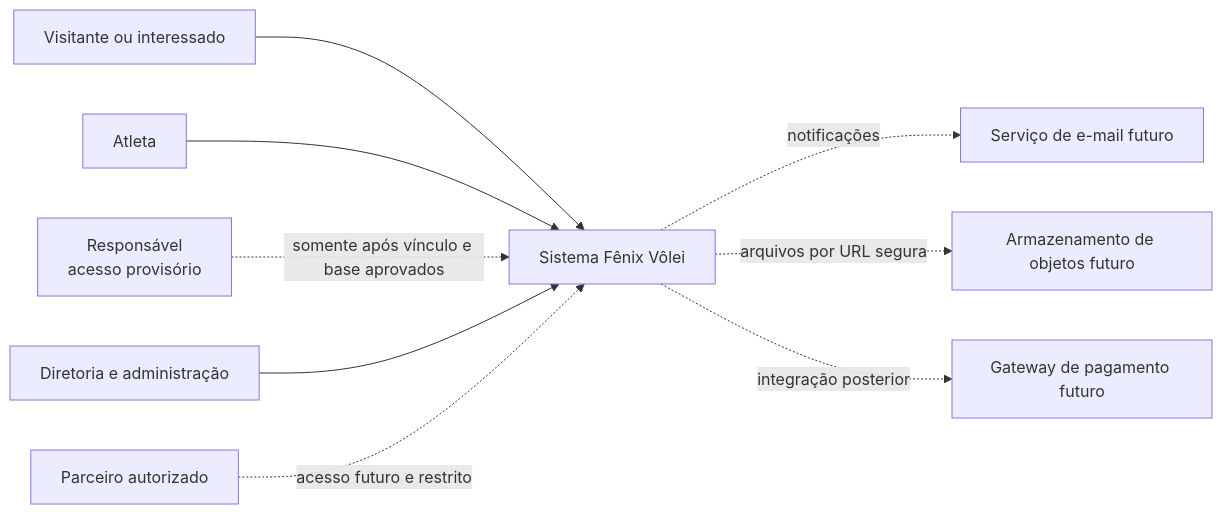
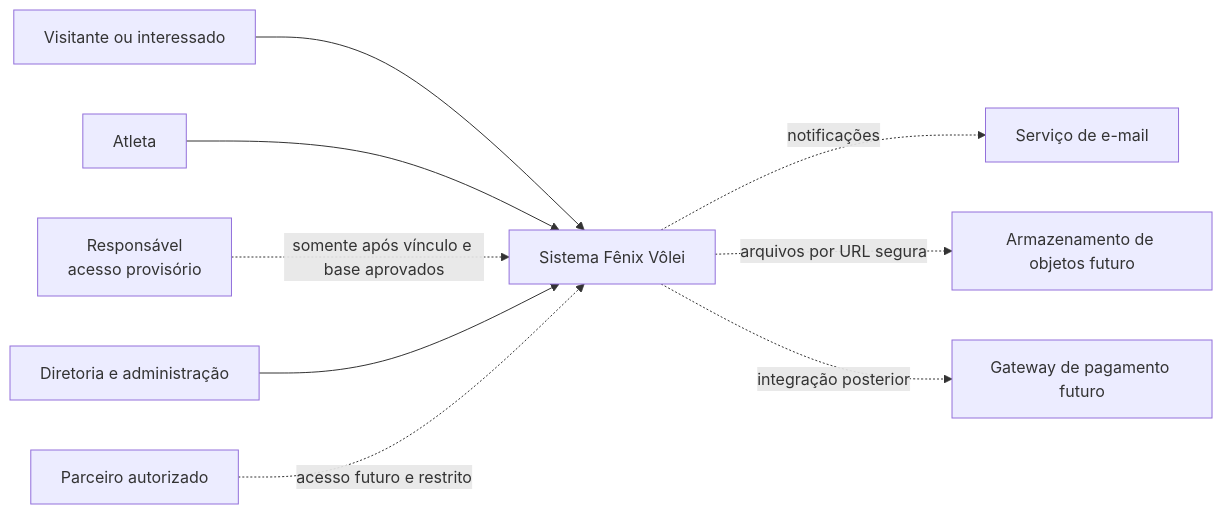
Before and after one commit to Willow0305/Fenix: the first of 3 diagrams in docs/07-ARQUITETURA.md, drawn with Mermaid. The commit also changed other lines of this file and 224 other files, not shown here.

````diff
--- a/docs/07-ARQUITETURA.md
+++ b/docs/07-ARQUITETURA.md
@@ -22,21 +24,21 @@
 ```mermaid
 flowchart LR
     visitor[Visitante ou interessado]
     athlete[Atleta]
     guardian[Responsável<br/>acesso provisório]
     staff[Diretoria e administração]
     partner[Parceiro autorizado]
     system[Sistema Fênix Vôlei]
-    mail[Serviço de e-mail futuro]
+    mail[Serviço de e-mail]
     storage[Armazenamento de objetos futuro]
     payment[Gateway de pagamento futuro]
 
     visitor --> system
     athlete --> system
     guardian -. somente após vínculo e base aprovados .-> system
     staff --> system
     partner -. acesso futuro e restrito .-> system
     system -. notificações .-> mail
     system -. arquivos por URL segura .-> storage
     system -. integração posterior .-> payment
 ```
````
